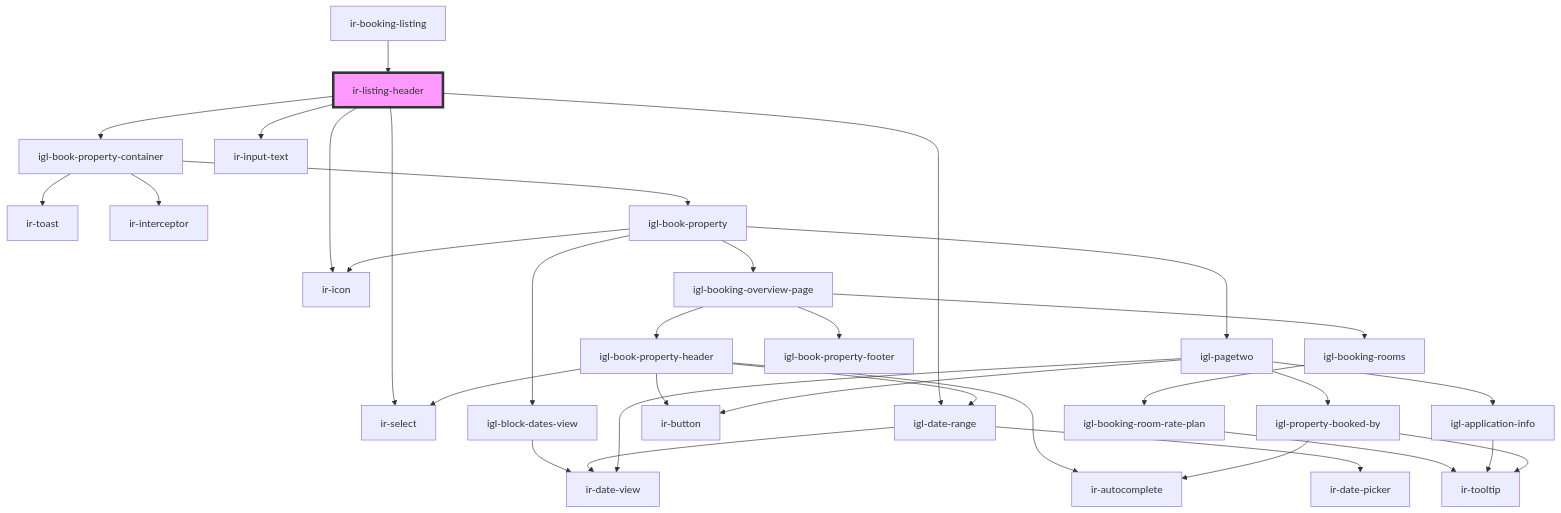
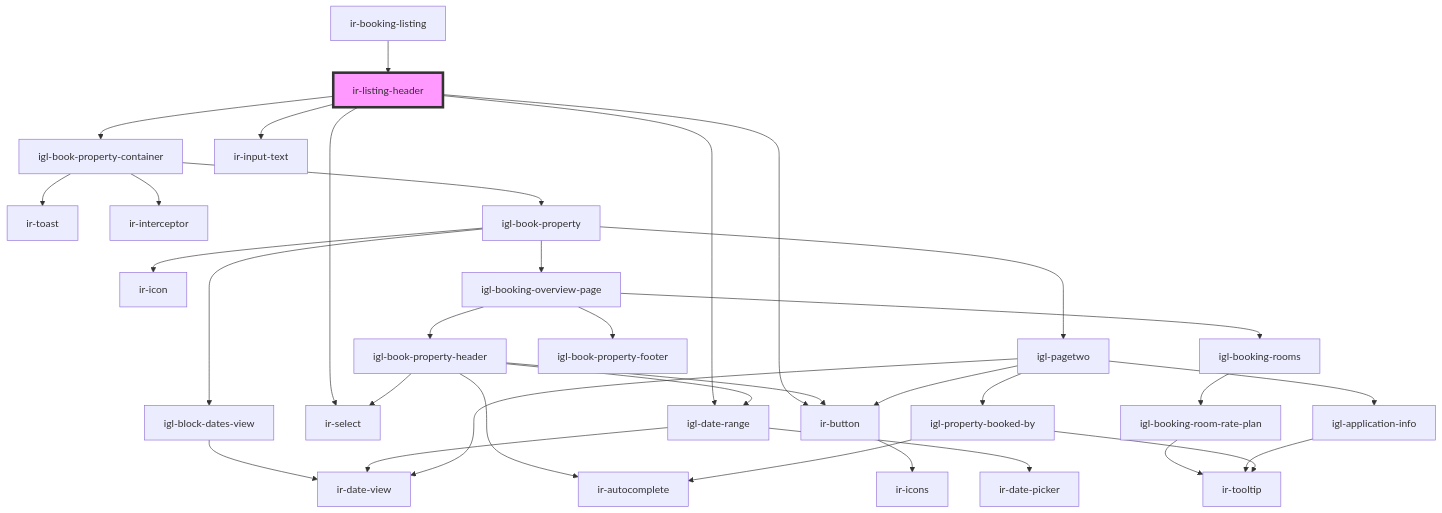
The diagram in src/components/ir-booking-listing/ir-listing-header/readme.md (David1Chowaifaty/modified-ir-webcmp), drawn with Mermaid before and after one commit. The commit also changed other lines of this file and 32 other files, not shown here.

````diff
--- a/src/components/ir-booking-listing/ir-listing-header/readme.md
+++ b/src/components/ir-booking-listing/ir-listing-header/readme.md
@@ -32,36 +32,37 @@
 ```mermaid
 graph TD;
   ir-listing-header --> igl-book-property-container
+  ir-listing-header --> ir-button
   ir-listing-header --> ir-input-text
   ir-listing-header --> ir-select
   ir-listing-header --> igl-date-range
-  ir-listing-header --> ir-icon
   igl-book-property-container --> ir-toast
   igl-book-property-container --> ir-interceptor
   igl-book-property-container --> igl-book-property
   igl-book-property --> igl-block-dates-view
   igl-book-property --> ir-icon
   igl-book-property --> igl-booking-overview-page
   igl-book-property --> igl-pagetwo
   igl-block-dates-view --> ir-date-view
   igl-booking-overview-page --> igl-book-property-header
   igl-booking-overview-page --> igl-booking-rooms
   igl-booking-overview-page --> igl-book-property-footer
   igl-book-property-header --> ir-autocomplete
   igl-book-property-header --> ir-select
   igl-book-property-header --> ir-button
   igl-book-property-header --> igl-date-range
+  ir-button --> ir-icons
   igl-date-range --> ir-date-picker
   igl-date-range --> ir-date-view
   igl-booking-rooms --> igl-booking-room-rate-plan
   igl-booking-room-rate-plan --> ir-tooltip
   igl-pagetwo --> ir-date-view
   igl-pagetwo --> igl-application-info
   igl-pagetwo --> igl-property-booked-by
   igl-pagetwo --> ir-button
   igl-application-info --> ir-tooltip
   igl-property-booked-by --> ir-autocomplete
   igl-property-booked-by --> ir-tooltip
   ir-booking-listing --> ir-listing-header
   style ir-listing-header fill:#f9f,stroke:#333,stroke-width:4px
 ```
````
